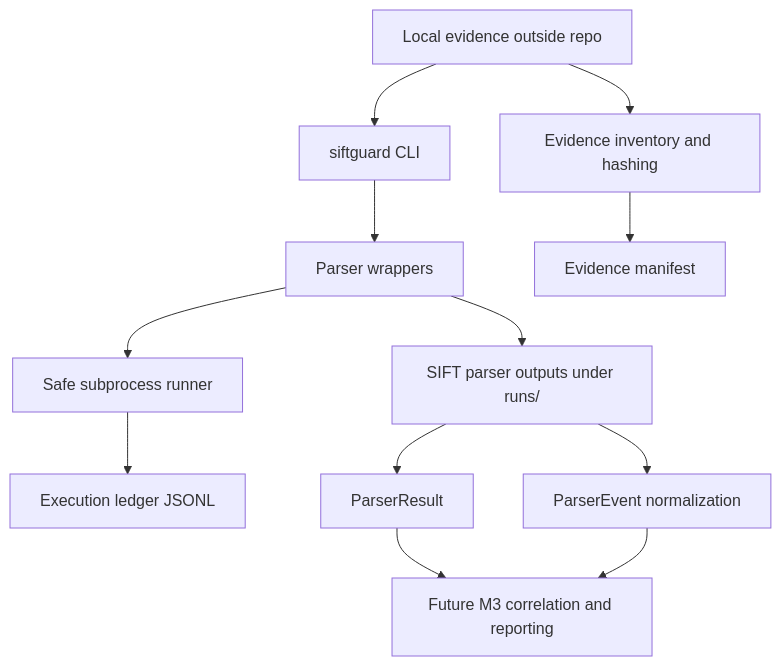
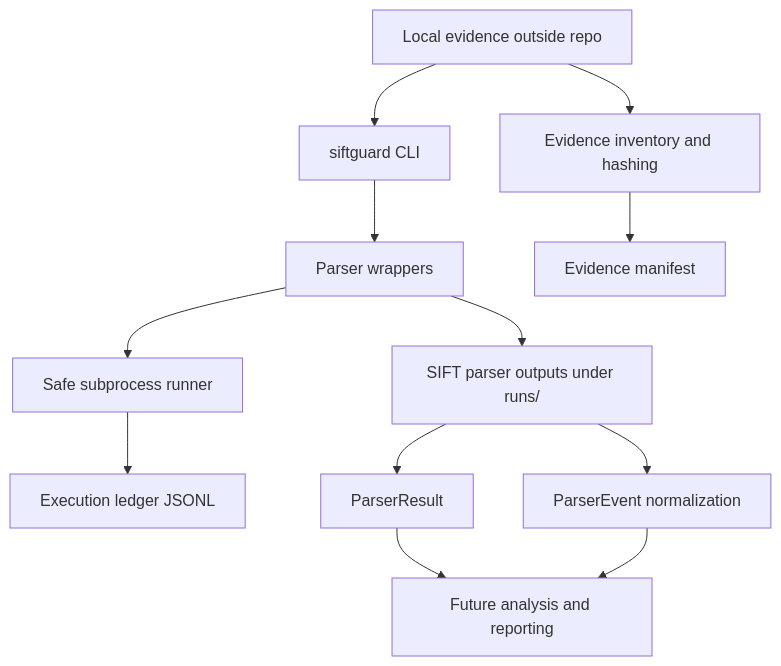
The diagram in docs/architecture.md (OCHOLA-EDDYPHIL/elenchos-dfir), drawn with Mermaid before and after one commit. The commit also changed other lines of this file and 3 other files, not shown here.

````diff
--- a/docs/architecture.md
+++ b/docs/architecture.md
@@ -33,14 +33,14 @@
 ```mermaid
 flowchart TD
   A[Local evidence outside repo] --> B[siftguard CLI]
   A --> C[Evidence inventory and hashing]
   B --> D[Parser wrappers]
   C --> E[Evidence manifest]
   D --> F[Safe subprocess runner]
   F --> G[Execution ledger JSONL]
   D --> H[SIFT parser outputs under runs/]
   H --> I[ParserResult]
   H --> J[ParserEvent normalization]
-  I --> K[Future M3 correlation and reporting]
+  I --> K[Future analysis and reporting]
   J --> K
 ```
````
